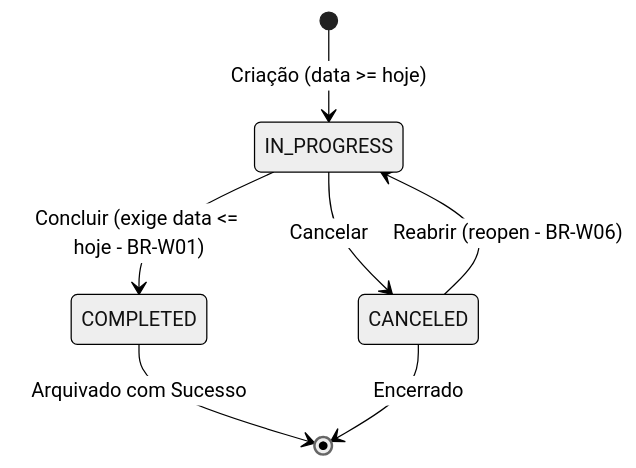
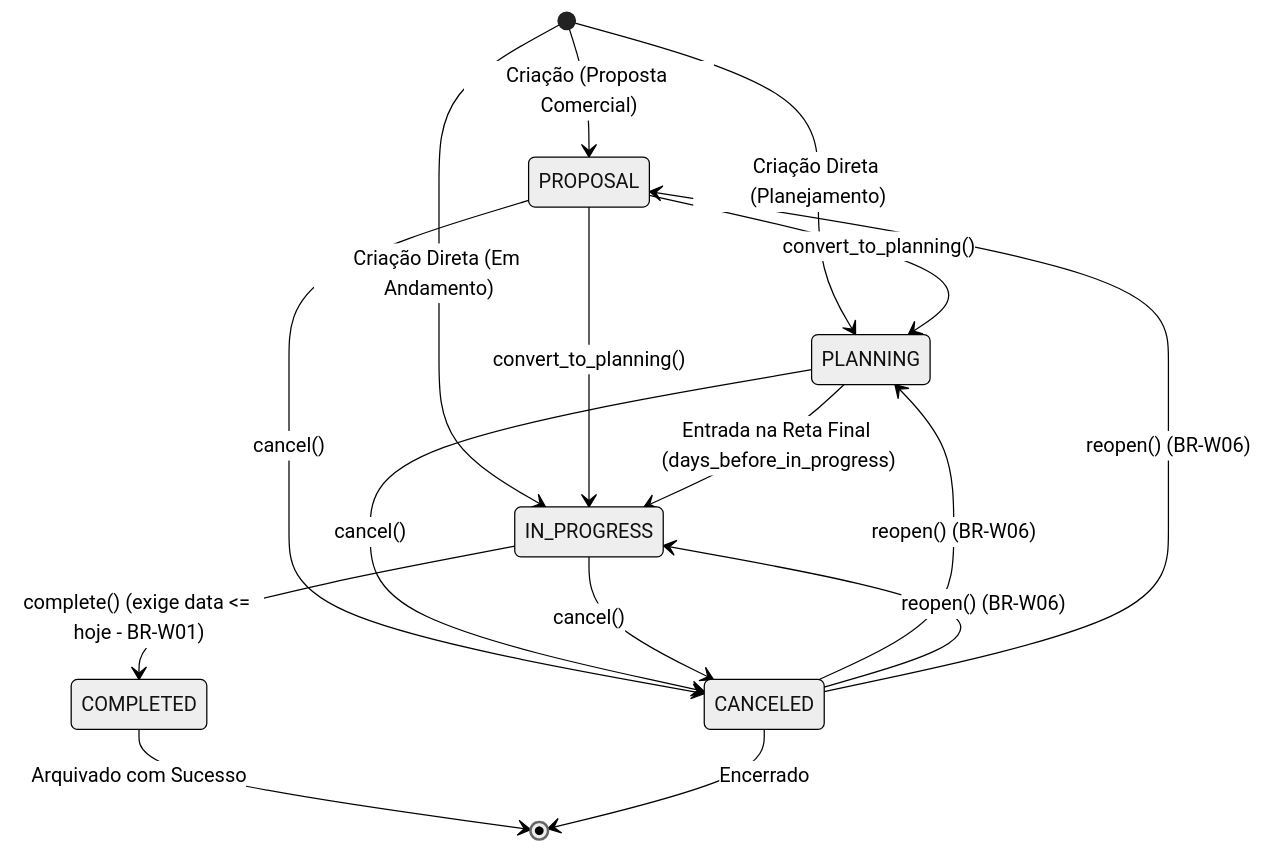
Before and after one commit to Rafaelp122/wedding_management: the first of 2 diagrams in docs/architecture/domains/weddings-domain.md, drawn with Mermaid (neutral theme). The commit also changed other lines of this file and 433 other files, not shown here.

````diff
--- a/docs/architecture/domains/weddings-domain.md
+++ b/docs/architecture/domains/weddings-domain.md
@@ -26,9 +34,18 @@
 ```mermaid
 stateDiagram-v2
-    [*] --> IN_PROGRESS : Criação (data >= hoje)
-    IN_PROGRESS --> COMPLETED : Concluir (exige data <= hoje - BR-W01)
-    IN_PROGRESS --> CANCELED : Cancelar
-    CANCELED --> IN_PROGRESS : Reabrir (reopen - BR-W06)
+    [*] --> PROPOSAL : Criação (Proposta Comercial)
+    [*] --> PLANNING : Criação Direta (Planejamento)
+    [*] --> IN_PROGRESS : Criação Direta (Em Andamento)
+    PROPOSAL --> PLANNING : convert_to_planning()
+    PROPOSAL --> IN_PROGRESS : convert_to_planning()
+    PROPOSAL --> CANCELED : cancel()
+    PLANNING --> IN_PROGRESS : Entrada na Reta Final (days_before_in_progress)
+    PLANNING --> CANCELED : cancel()
+    IN_PROGRESS --> COMPLETED : complete() (exige data <= hoje - BR-W01)
+    IN_PROGRESS --> CANCELED : cancel()
+    CANCELED --> PLANNING : reopen() (BR-W06)
+    CANCELED --> IN_PROGRESS : reopen() (BR-W06)
+    CANCELED --> PROPOSAL : reopen() (BR-W06)
     COMPLETED --> [*] : Arquivado com Sucesso
     CANCELED --> [*] : Encerrado
 ```
````
